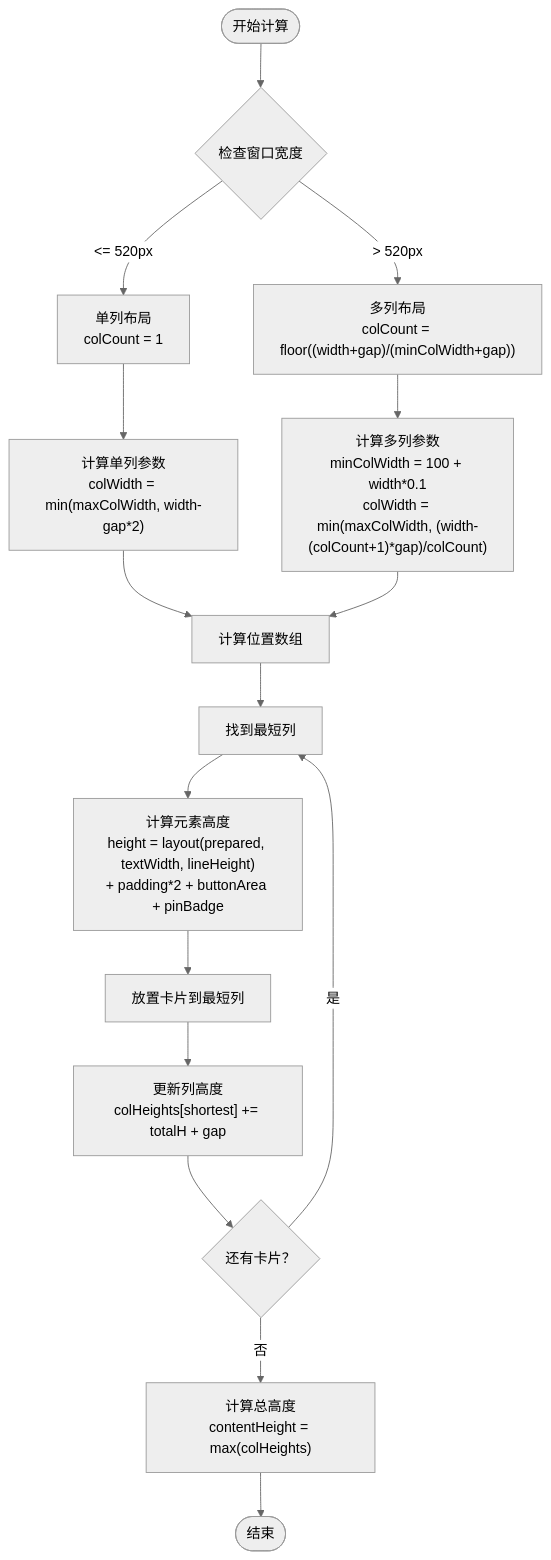
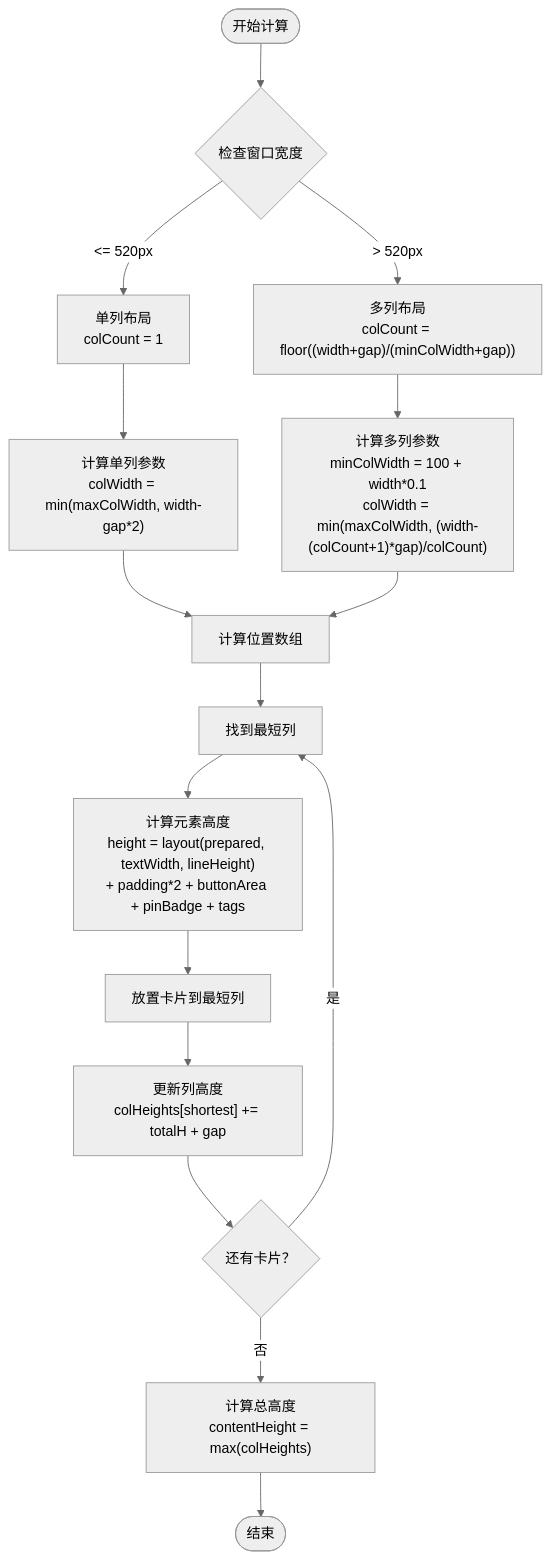
Before and after one commit to BlackBoxRecorder/memos: the tenth of 15 diagrams in .qoder/repowiki/zh/content/前端应用/Masonry瀑布流界面/Masonry瀑布流界面.md, drawn with Mermaid (neutral theme). The commit also changed other lines of this file and 30 other files, not shown here.

````diff
--- a/.qoder/repowiki/zh/content/前端应用/Masonry瀑布流界面/Masonry瀑布流界面.md
+++ b/.qoder/repowiki/zh/content/前端应用/Masonry瀑布流界面/Masonry瀑布流界面.md
@@ -229,18 +410,18 @@
 ```mermaid
 flowchart TD
 Start([开始计算]) --> CheckWidth{"检查窗口宽度"}
 CheckWidth --> |<= 520px| SingleCol["单列布局<br/>colCount = 1"]
 CheckWidth --> |> 520px| MultiCol["多列布局<br/>colCount = floor((width+gap)/(minColWidth+gap))"]
 SingleCol --> CalcSingle["计算单列参数<br/>colWidth = min(maxColWidth, width-gap*2)"]
 MultiCol --> CalcMulti["计算多列参数<br/>minColWidth = 100 + width*0.1<br/>colWidth = min(maxColWidth, (width-(colCount+1)*gap)/colCount)"]
 CalcSingle --> CalcPos["计算位置数组"]
 CalcMulti --> CalcPos
 CalcPos --> Shortest["找到最短列"]
-Shortest --> HeightCalc["计算元素高度<br/>height = layout(prepared, textWidth, lineHeight)<br/>+ padding*2 + buttonArea + pinBadge"]
+Shortest --> HeightCalc["计算元素高度<br/>height = layout(prepared, textWidth, lineHeight)<br/>+ padding*2 + buttonArea + pinBadge + tags"]
 HeightCalc --> PlaceCard["放置卡片到最短列"]
 PlaceCard --> UpdateHeight["更新列高度<br/>colHeights[shortest] += totalH + gap"]
 UpdateHeight --> NextCard{"还有卡片？"}
 NextCard --> |是| Shortest
 NextCard --> |否| CalcHeight["计算总高度<br/>contentHeight = max(colHeights)"]
 CalcHeight --> End([结束])
 ```
````
